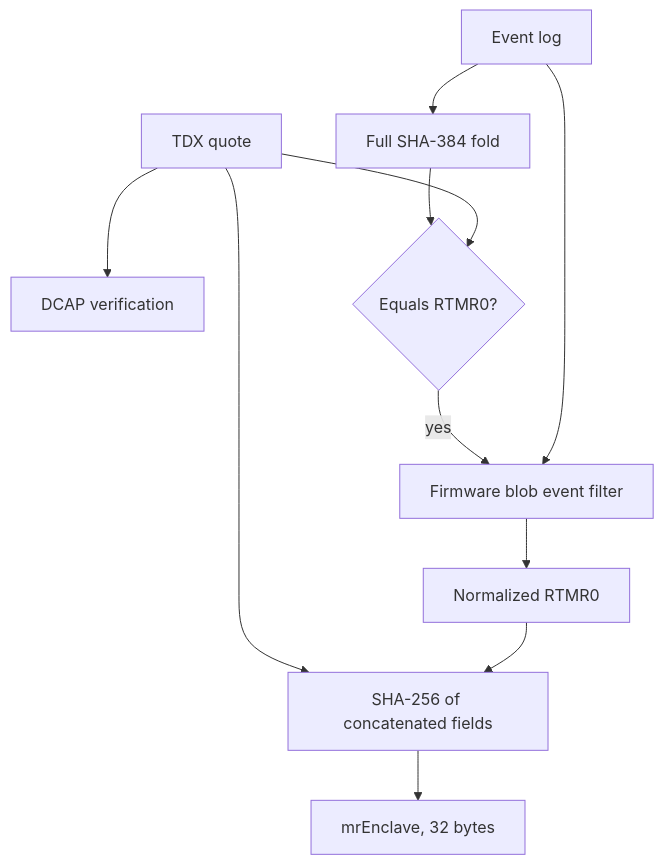
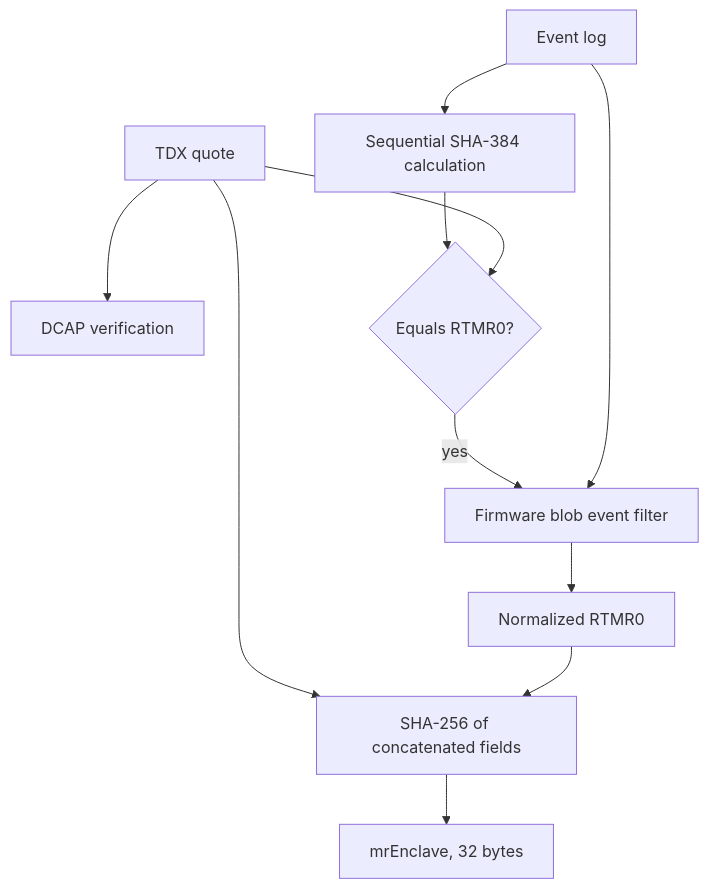
One commit to Super-Protocol/sp-vm changed the first of 2 diagrams in docs/04-vm-measurements.md. Above: the diagram before and after it, drawn with Mermaid. The commit also changed other lines of this file and 6 other files, not shown here.

````diff
--- a/docs/04-vm-measurements.md
+++ b/docs/04-vm-measurements.md
@@ -109,20 +111,20 @@
 ```mermaid
 flowchart TD
     Q["TDX quote"]
     E["Event log"]
     V["DCAP verification"]
-    F["Full SHA-384 fold"]
+    F["Sequential SHA-384 calculation"]
     C{"Equals RTMR0?"}
     N["Firmware blob event filter"]
     R["Normalized RTMR0"]
     H["SHA-256 of concatenated fields"]
     M["mrEnclave, 32 bytes"]
 
     Q --> V
     E --> F --> C
     Q --> C
     C -->|yes| N
     E --> N --> R
     Q --> H
     R --> H --> M
 ```
````
